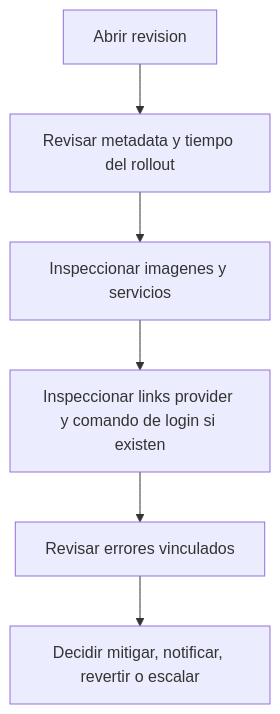
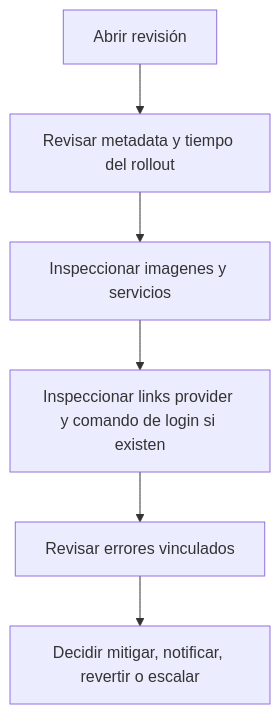
The second of 2 diagrams in src/content/docs/es/revisions/index.md (Moonin-Lab/Moonin-Docs), drawn with Mermaid before and after one commit. The commit also changed other lines of this file and 84 other files, not shown here.

````diff
--- a/src/content/docs/es/revisions/index.md
+++ b/src/content/docs/es/revisions/index.md
@@ -64,11 +64,11 @@
 ```mermaid
 flowchart TD
-    A[Abrir revision]
+    A[Abrir revisión]
     B[Revisar metadata y tiempo del rollout]
     C[Inspeccionar imagenes y servicios]
     D[Inspeccionar links provider y comando de login si existen]
     E[Revisar errores vinculados]
     F[Decidir mitigar, notificar, revertir o escalar]
 
     A --> B --> C --> D --> E --> F
 ```
````
